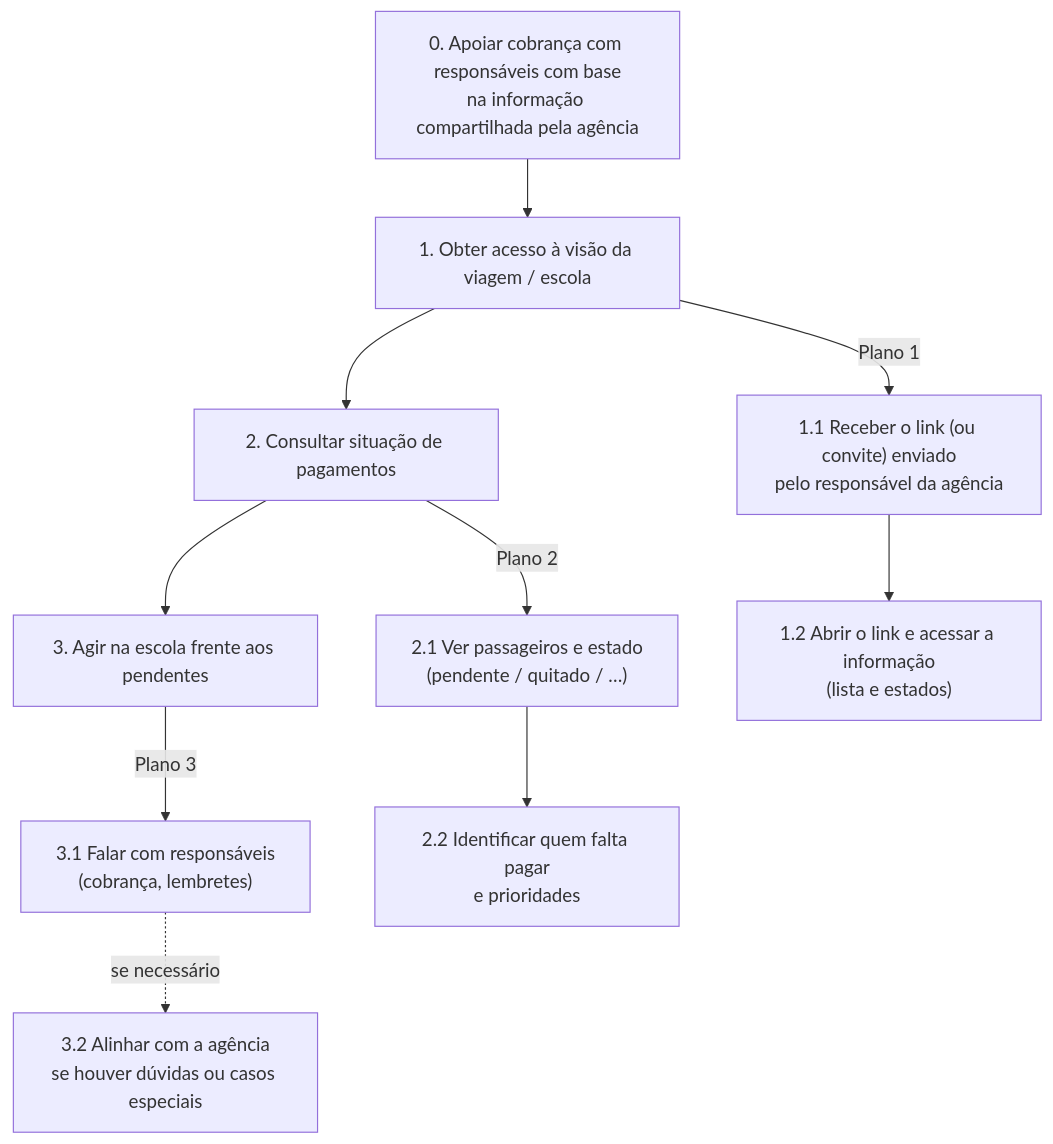
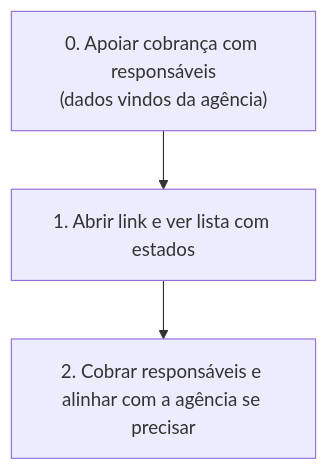
Before and after one commit to artieeez/sitio-design-notes: the diagram in specs/001-school-trip-payments/presentation-sprint-01/hta-school-trip-payments-escola.mmd, drawn with Mermaid. The commit also changed 2 other files, not shown here.

Commit message:
Simplify HTA Mermaid flows (agency + school) and update presentation notes

```diff
--- a/specs/001-school-trip-payments/presentation-sprint-01/hta-school-trip-payments-escola.mmd
+++ b/specs/001-school-trip-payments/presentation-sprint-01/hta-school-trip-payments-escola.mmd
@@ -1,35 +1,14 @@
-%% HTA — Lado escola (responsável / monitor)
-%% Plano 0: fazer 1 (acessar via link); depois repetir 2 e 3 durante a campanha de cobrança
-%% Objetivo e planos ≠ agência → árvore separada (boa prática em IHC para dois papéis)
+%% HTA — Escola (versão resumida)
+%% Plano 0: abrir link → ver quem falta → cobrar (repetir 2–3 no tempo)
 %% Export: npx @mermaid-js/mermaid-cli -i hta-school-trip-payments-escola.mmd -o hta-school-trip-payments-escola.png
 
 flowchart TB
-  e0["0. Apoiar cobrança com responsáveis com base<br/>na informação compartilhada pela agência"]
+  e0["0. Apoiar cobrança com responsáveis<br/>(dados vindos da agência)"]
 
-  e1["1. Obter acesso à visão da viagem / escola"]
-  e2["2. Consultar situação de pagamentos"]
-  e3["3. Agir na escola frente aos pendentes"]
+  e1["1. Abrir link e ver lista com estados"]
+  e2["2. Cobrar responsáveis e alinhar com a agência se precisar"]
 
   e0 --> e1
   e1 --> e2
-  e2 --> e3
 
-  e1a["1.1 Receber o link (ou convite) enviado<br/>pelo responsável da agência"]
-  e1b["1.2 Abrir o link e acessar a informação<br/>(lista e estados)"]
-
-  e1 -->|Plano 1| e1a
-  e1a --> e1b
-
-  e2a["2.1 Ver passageiros e estado<br/>(pendente / quitado / …)"]
-  e2b["2.2 Identificar quem falta pagar<br/>e prioridades"]
-
-  e2 -->|Plano 2| e2a
-  e2a --> e2b
-
-  e3a["3.1 Falar com responsáveis<br/>(cobrança, lembretes)"]
-  e3b["3.2 Alinhar com a agência<br/>se houver dúvidas ou casos especiais"]
-
-  e3 -->|Plano 3| e3a
-  e3a -.->|se necessário| e3b
-
-  %% Autenticação avançada: fora do escopo do trabalho; fluxo assume «acesso via link».
+  %% Autenticação fora do escopo; fluxo assume acesso via link.
```
